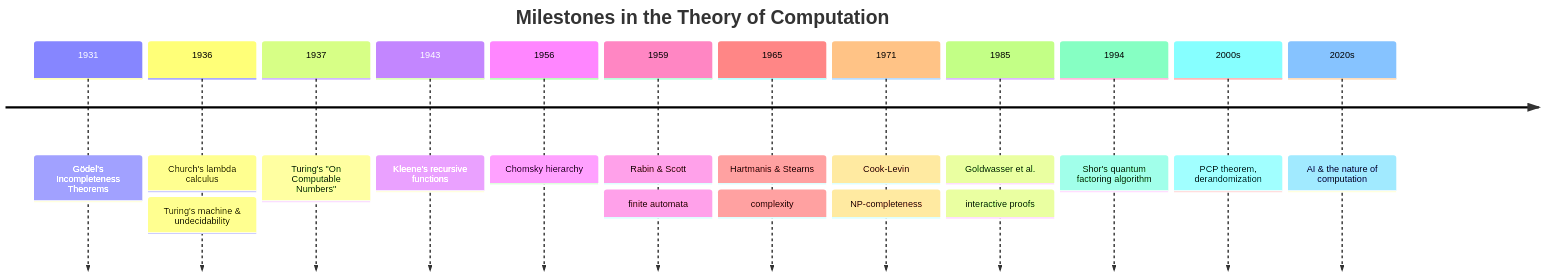
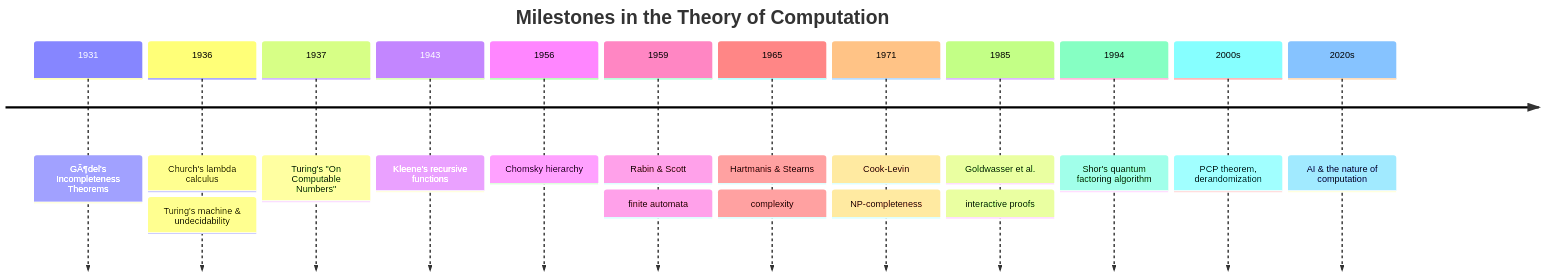
One commit to Raushan666java/ai-engineering-journey changed the fifth of 5 diagrams in docs/courses/theory-of-computation/01-introduction.md. Above: the diagram before and after it, drawn with Mermaid. The commit also changed other lines of this file and 735 other files, not shown here.

````diff
--- a/docs/courses/theory-of-computation/01-introduction.md
+++ b/docs/courses/theory-of-computation/01-introduction.md
@@ -484,17 +484,17 @@
 ```mermaid
 timeline
     title Milestones in the Theory of Computation
-    1931 : Gödel's Incompleteness Theorems
+    1931 : GÃ¶del's Incompleteness Theorems
     1936 : Church's lambda calculus
          : Turing's machine & undecidability
     1937 : Turing's "On Computable Numbers"
     1943 : Kleene's recursive functions
     1956 : Chomsky hierarchy
     1959 : Rabin & Scott: finite automata
     1965 : Hartmanis & Stearns: complexity
     1971 : Cook-Levin: NP-completeness
     1985 : Goldwasser et al.: interactive proofs
     1994 : Shor's quantum factoring algorithm
     2000s : PCP theorem, derandomization
     2020s : AI & the nature of computation
 ```
````
